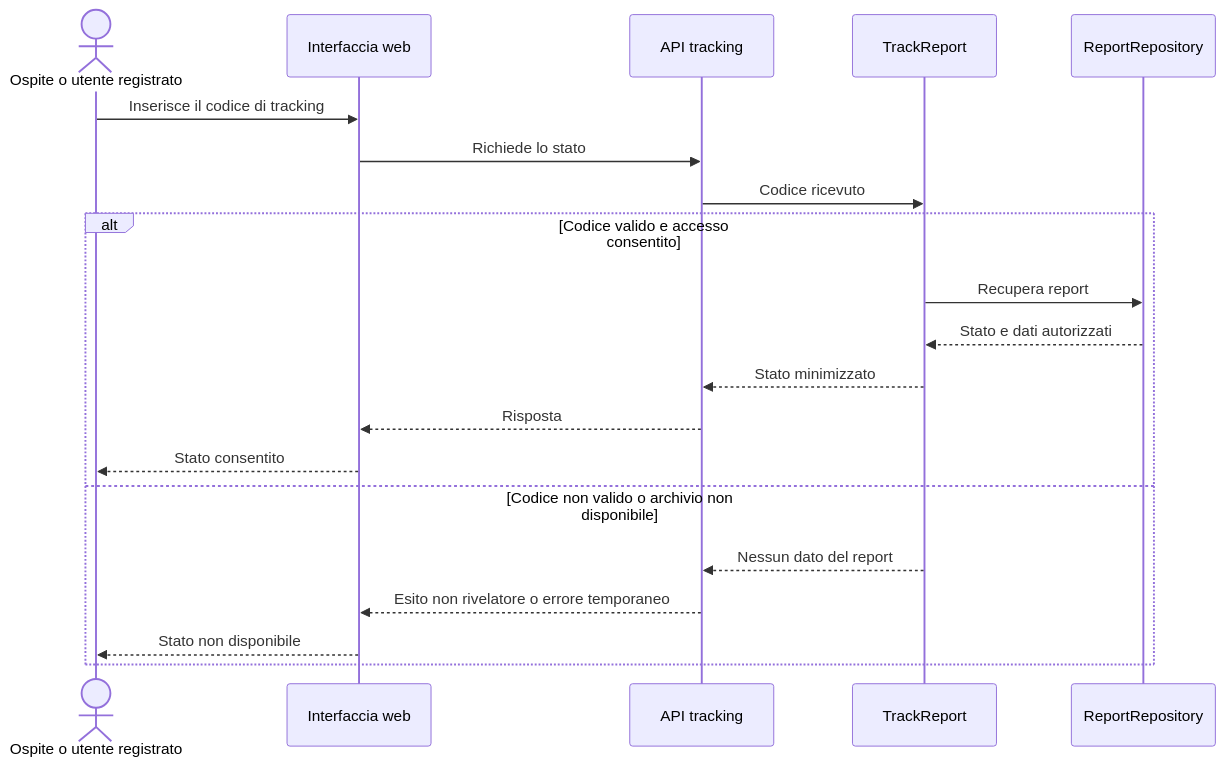
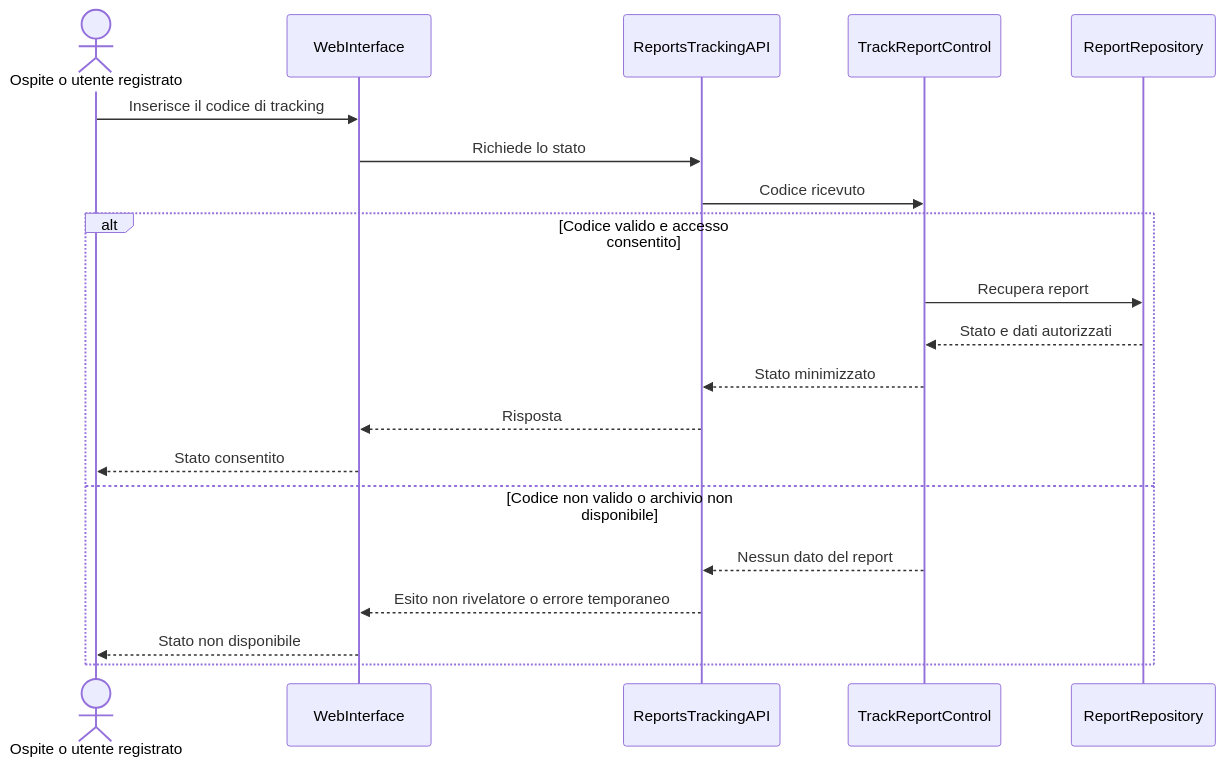
The sixth of 9 diagrams in docs/RAD.md (andreaplini/aegis), drawn with Mermaid before and after one commit. The commit also changed other lines of this file and 3 other files, not shown here.

Commit message:
docs: simplify domain model and name UML objects

````diff
--- a/docs/RAD.md
+++ b/docs/RAD.md
@@ -618,23 +588,23 @@
 ```mermaid
 sequenceDiagram
   accDescr: Il codice di tracking consente la consultazione dello stato autorizzato.
   actor U as Ospite o utente registrato
-  participant UI as Interfaccia web
-  participant API as API tracking
-  participant UC as TrackReport
+  participant UI as WebInterface
+  participant API as ReportsTrackingAPI
+  participant UC as TrackReportControl
   participant Repo as ReportRepository
   U->>UI: Inserisce il codice di tracking
   UI->>API: Richiede lo stato
   API->>UC: Codice ricevuto
   alt Codice valido e accesso consentito
     UC->>Repo: Recupera report
     Repo-->>UC: Stato e dati autorizzati
     UC-->>API: Stato minimizzato
     API-->>UI: Risposta
     UI-->>U: Stato consentito
   else Codice non valido o archivio non disponibile
     UC-->>API: Nessun dato del report
     API-->>UI: Esito non rivelatore o errore temporaneo
     UI-->>U: Stato non disponibile
   end
 ```
````
